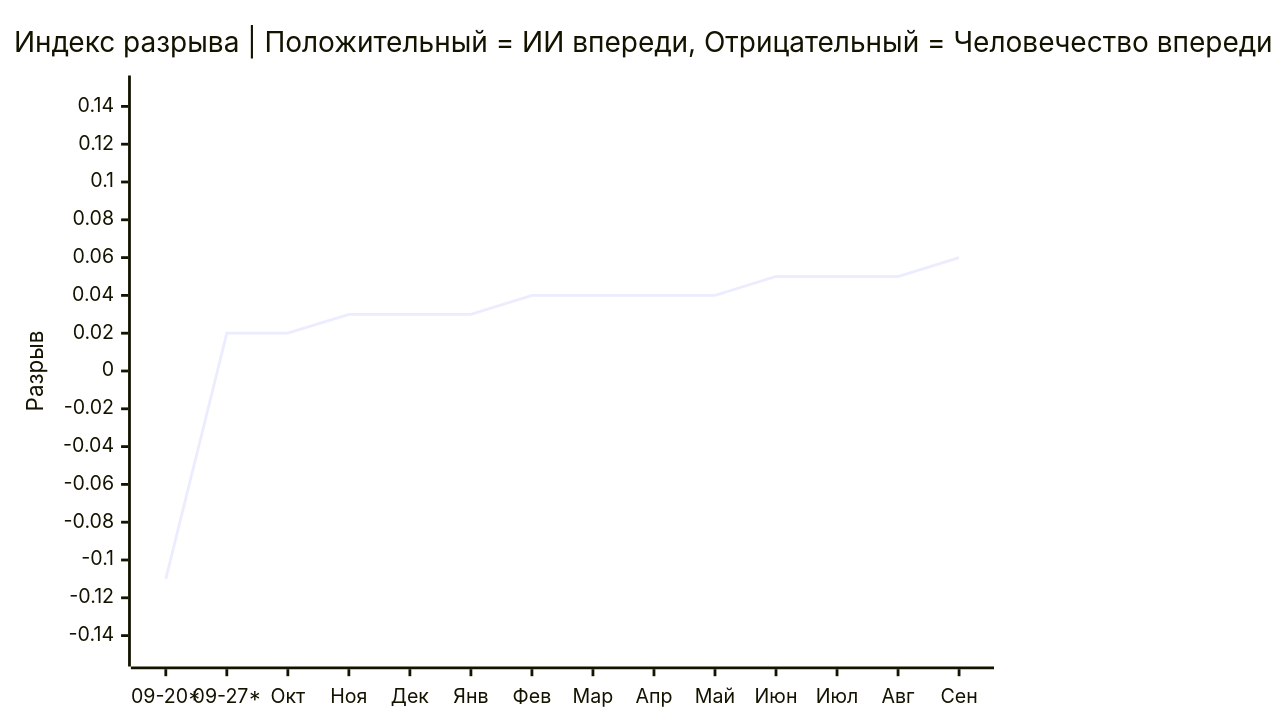
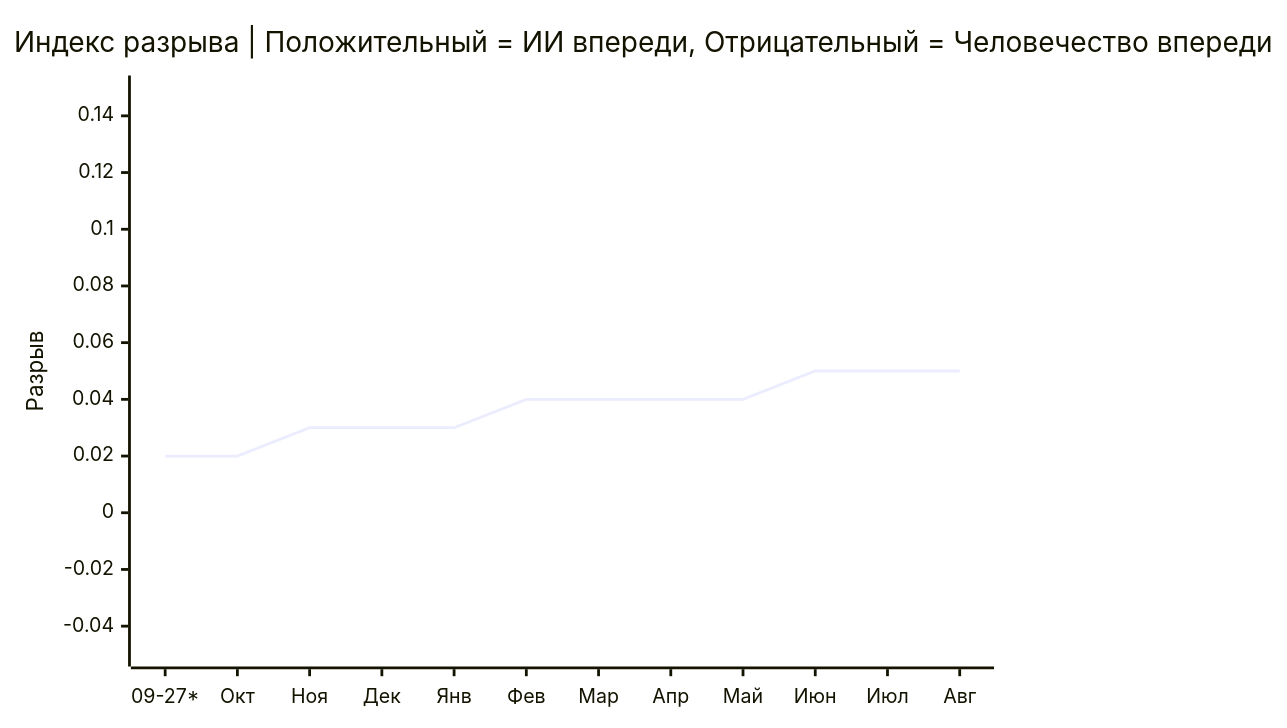
One commit to VQQLK/Human-AI-Monitor changed the second of 2 diagrams in README.ru.md. Above: the diagram before and after it, drawn with Mermaid. The commit also changed other lines of this file and 5 other files, not shown here.

````diff
--- a/README.ru.md
+++ b/README.ru.md
@@ -45,7 +42,7 @@
 ```mermaid
 xychart-beta
     title "Индекс разрыва | Положительный = ИИ впереди, Отрицательный = Человечество впереди"
-    x-axis ["09-20*", "09-27*", "Окт", "Ноя", "Дек", "Янв", "Фев", "Мар", "Апр", "Май", "Июн", "Июл", "Авг", "Сен"]
-    y-axis "Разрыв" -0.15 --> 0.15
-    line [-0.11, 0.02, 0.02, 0.03, 0.03, 0.03, 0.04, 0.04, 0.04, 0.04, 0.05, 0.05, 0.05, 0.06]
+    x-axis ["09-27*", "Окт", "Ноя", "Дек", "Янв", "Фев", "Мар", "Апр", "Май", "Июн", "Июл", "Авг"]
+    y-axis "Разрыв" -0.05 --> 0.15
+    line [0.02, 0.02, 0.03, 0.03, 0.03, 0.04, 0.04, 0.04, 0.04, 0.05, 0.05, 0.05]
 ```
````
